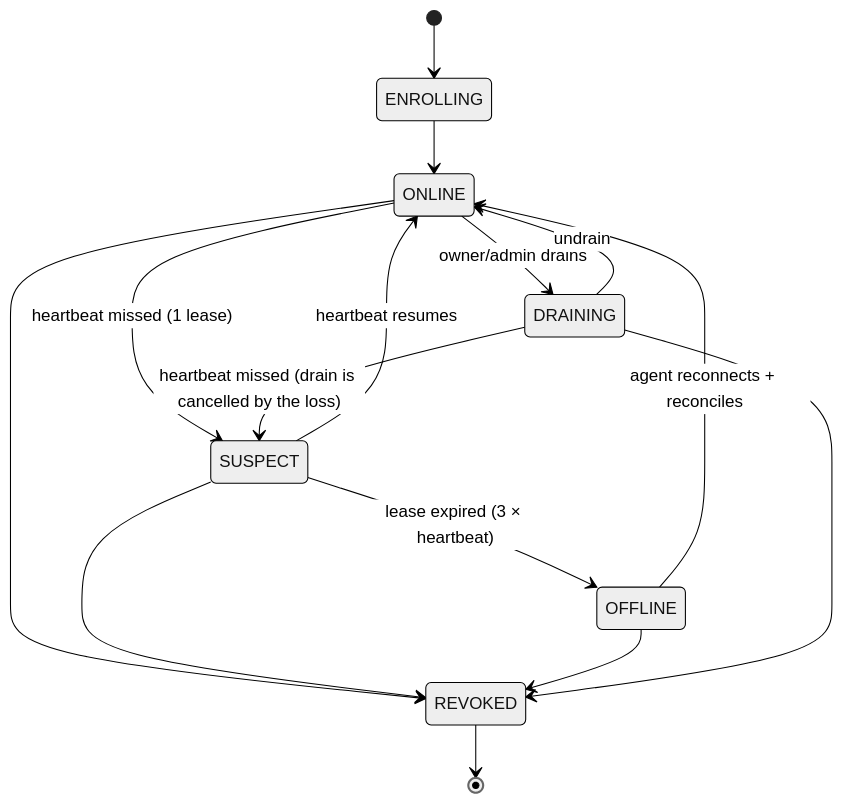
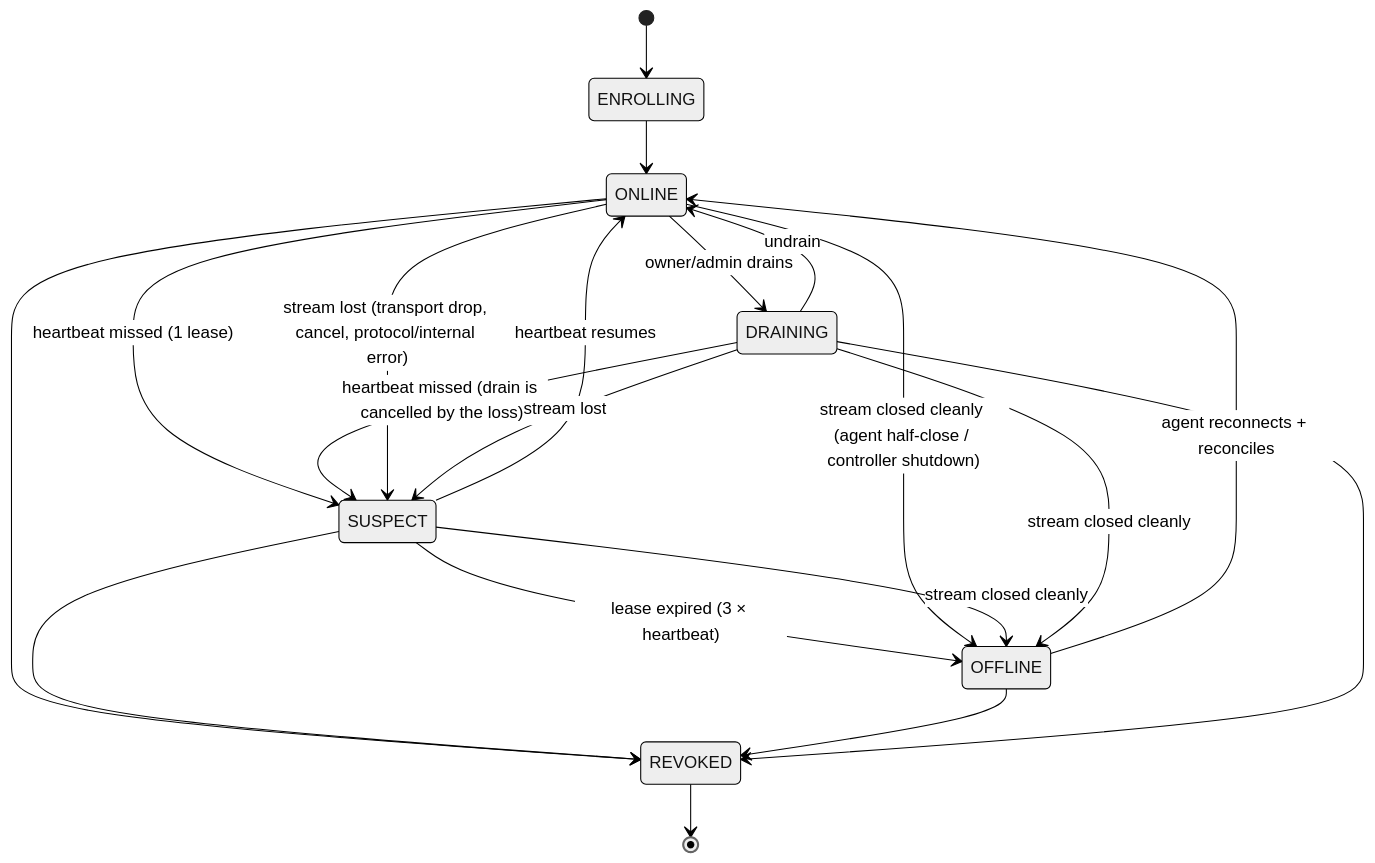
Diagram 12 of 17 in docs/ARCHITECTURE.md (tony19053000/finalyear), drawn with Mermaid (neutral theme) before and after one commit. The commit also changed other lines of this file and 4 other files, not shown here.

First line of the commit message:
docs(V0.3-G6): G6 brief §5f (D19–D25) and ARCHITECTURE §12.3 stream-end amendment

````diff
--- a/docs/ARCHITECTURE.md
+++ b/docs/ARCHITECTURE.md
@@ -460,17 +460,22 @@
 ```mermaid
 stateDiagram-v2
     [*] --> ENROLLING
     ENROLLING --> ONLINE
     ONLINE --> SUSPECT: heartbeat missed (1 lease)
     SUSPECT --> ONLINE: heartbeat resumes
     SUSPECT --> OFFLINE: lease expired (3 × heartbeat)
     OFFLINE --> ONLINE: agent reconnects + reconciles
     ONLINE --> DRAINING: owner/admin drains
     DRAINING --> ONLINE: undrain
     DRAINING --> SUSPECT: heartbeat missed (drain is cancelled by the loss)
     ONLINE --> REVOKED
     SUSPECT --> REVOKED
     OFFLINE --> REVOKED
     DRAINING --> REVOKED
+    ONLINE --> OFFLINE: stream closed cleanly (agent half-close / controller shutdown)
+    SUSPECT --> OFFLINE: stream closed cleanly
+    DRAINING --> OFFLINE: stream closed cleanly
+    ONLINE --> SUSPECT: stream lost (transport drop, cancel, protocol/internal error)
+    DRAINING --> SUSPECT: stream lost
     REVOKED --> [*]
 ```
````
